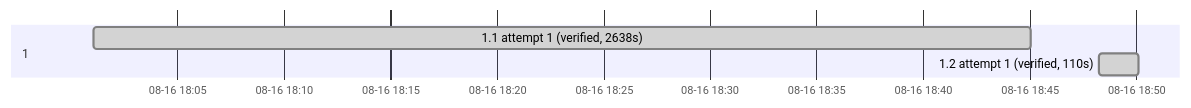
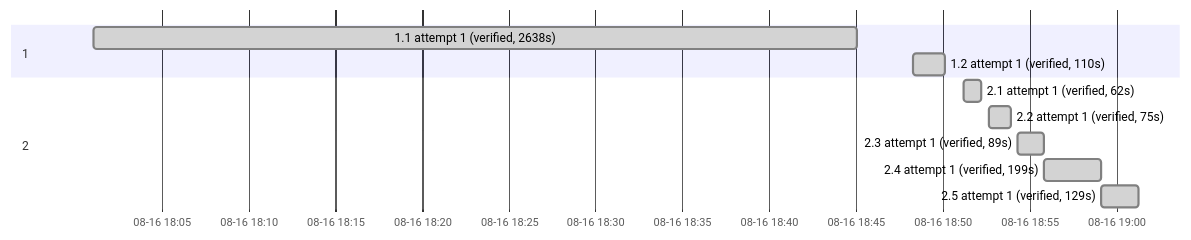
The second of 2 diagrams in .specs/preact-frontend/05_execution.md (sohampatwardhan/MoodLightPi), drawn with Mermaid before and after one commit. The commit also changed other lines of this file and 15 other files, not shown here.

````diff
--- a/.specs/preact-frontend/05_execution.md
+++ b/.specs/preact-frontend/05_execution.md
@@ -91,8 +137,14 @@
 ```mermaid
 gantt
     dateFormat YYYY-MM-DDTHH:mm:ss
     axisFormat %m-%d %H:%M
     section 1
     1.1 attempt 1 (verified, 2638s) :done, b_1_1_attempt1, 2026-08-16T18:01:04, 2026-08-16T18:45:02
     1.2 attempt 1 (verified, 110s) :done, b_1_2_attempt1, 2026-08-16T18:48:17, 2026-08-16T18:50:07
+    section 2
+    2.1 attempt 1 (verified, 62s) :done, b_2_1_attempt1, 2026-08-16T18:51:11, 2026-08-16T18:52:13
+    2.2 attempt 1 (verified, 75s) :done, b_2_2_attempt1, 2026-08-16T18:52:39, 2026-08-16T18:53:54
+    2.3 attempt 1 (verified, 89s) :done, b_2_3_attempt1, 2026-08-16T18:54:20, 2026-08-16T18:55:49
+    2.4 attempt 1 (verified, 199s) :done, b_2_4_attempt1, 2026-08-16T18:55:49, 2026-08-16T18:59:08
+    2.5 attempt 1 (verified, 129s) :done, b_2_5_attempt1, 2026-08-16T18:59:08, 2026-08-16T19:01:17
 ```
````
